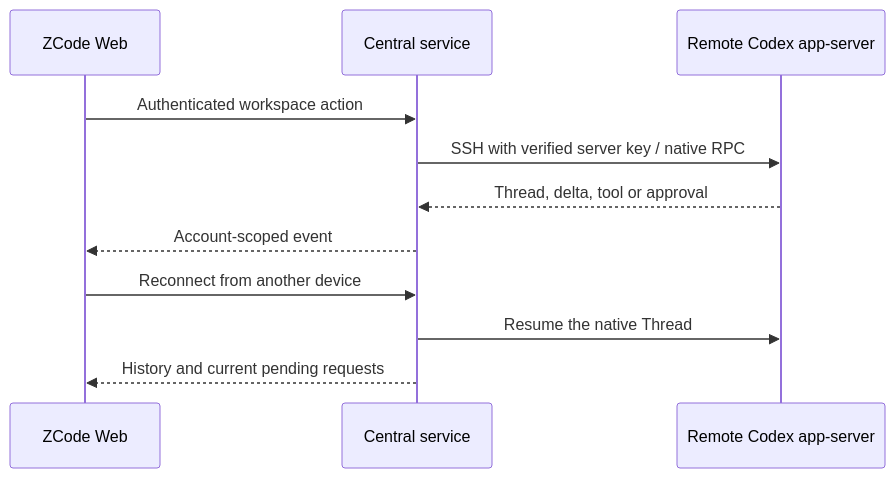
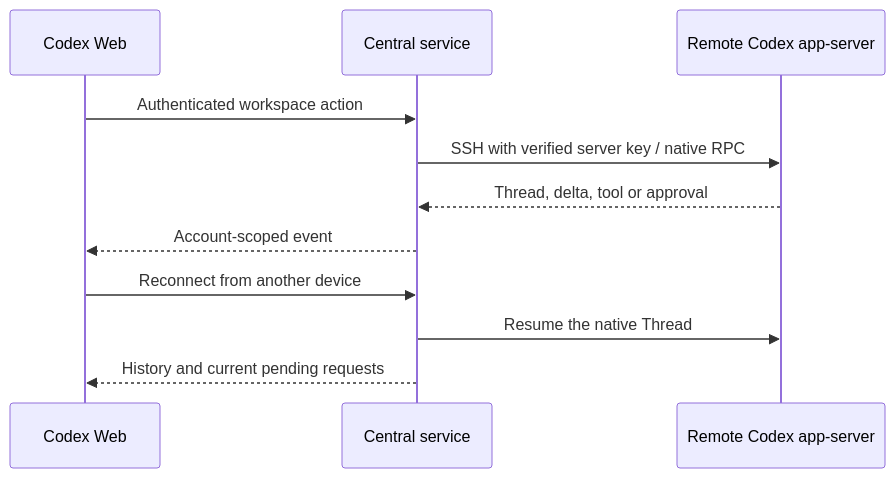
One commit to LiangLiang723/codex-web changed the first of 16 diagrams in specs/selfhost-codex/README.md. Above: the diagram before and after it, drawn with Mermaid. The commit also changed other lines of this file and 90 other files, not shown here.

First line of the commit message:
✨ 更新 Codex Web 品牌并让桌宠随会话滑动

````diff
--- a/specs/selfhost-codex/README.md
+++ b/specs/selfhost-codex/README.md
@@ -5,13 +5,13 @@
 ```mermaid
 sequenceDiagram
-    participant W as ZCode Web
+    participant W as Codex Web
     participant S as Central service
     participant R as Remote Codex app-server
     W->>S: Authenticated workspace action
     S->>R: SSH with verified server key / native RPC
     R-->>S: Thread, delta, tool or approval
     S-->>W: Account-scoped event
     W->>S: Reconnect from another device
     S->>R: Resume the native Thread
     S-->>W: History and current pending requests
 ```
````
